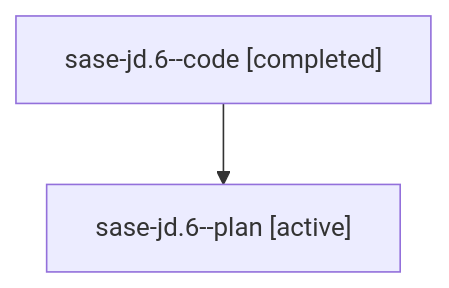
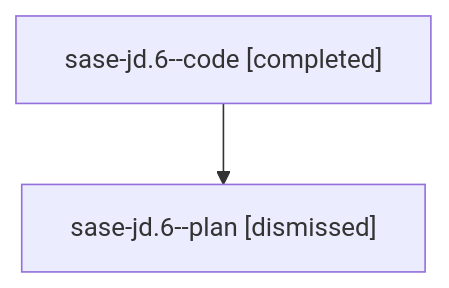
The diagram in sessions/bbugyi200.athena.sase-jd.6.md (sase-org/sase--agents), drawn with Mermaid before and after one commit. The commit also changed other lines of this file and 112 other files, not shown here.

````diff
--- a/sessions/bbugyi200.athena.sase-jd.6.md
+++ b/sessions/bbugyi200.athena.sase-jd.6.md
@@ -9,6 +9,6 @@
 ```mermaid
 flowchart TD
   n0["sase-jd.6--code [completed]"]
-  n1["sase-jd.6--plan [active]"]
+  n1["sase-jd.6--plan [dismissed]"]
   n0 --> n1
 ```
````
